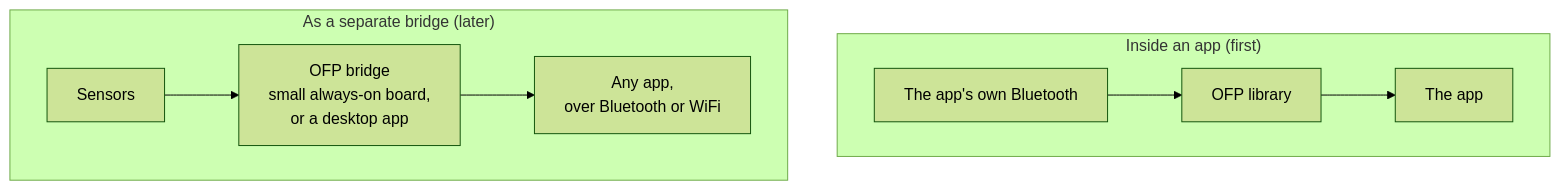
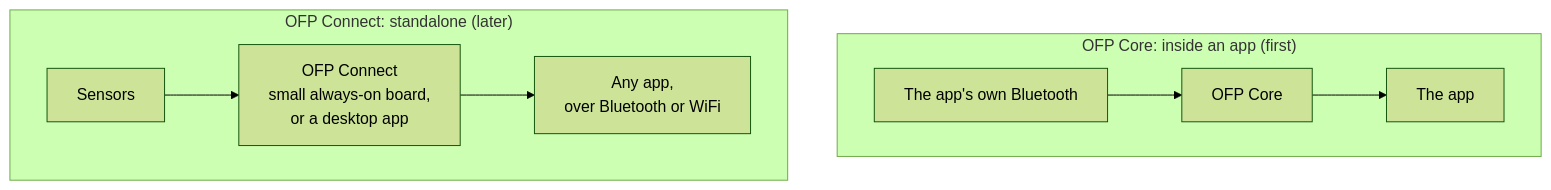
The fourth of 5 diagrams in README.md (trainerday/openfitnessprotocol), drawn with Mermaid (forest theme) before and after one commit. The commit also changed other lines of this file and 1 other file, not shown here.

First line of the commit message:
docs: Core/Connect names, iPhone tables-only, multi-device Connect, Apache-2.0, provenance rule, related work

````diff
--- a/README.md
+++ b/README.md
@@ -135,9 +135,9 @@
 ```mermaid
 flowchart TB
-    subgraph one["Inside an app (first)"]
-        BT["The app's own Bluetooth"] --> LIB["OFP library"] --> UI["The app"]
+    subgraph one["OFP Core: inside an app (first)"]
+        BT["The app's own Bluetooth"] --> LIB["OFP Core"] --> UI["The app"]
     end
-    subgraph two["As a separate bridge (later)"]
-        S["Sensors"] --> BR["OFP bridge<br/>small always-on board,<br/>or a desktop app"] --> ANY["Any app,<br/>over Bluetooth or WiFi"]
+    subgraph two["OFP Connect: standalone (later)"]
+        S["Sensors"] --> BR["OFP Connect<br/>small always-on board,<br/>or a desktop app"] --> ANY["Any app,<br/>over Bluetooth or WiFi"]
     end
 ```
````
